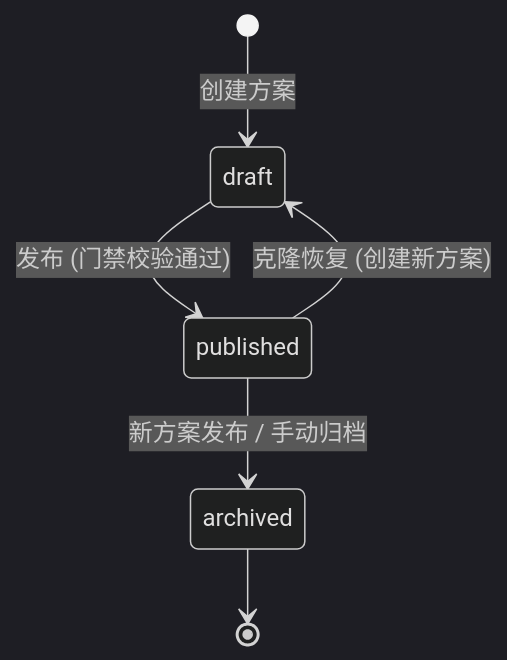
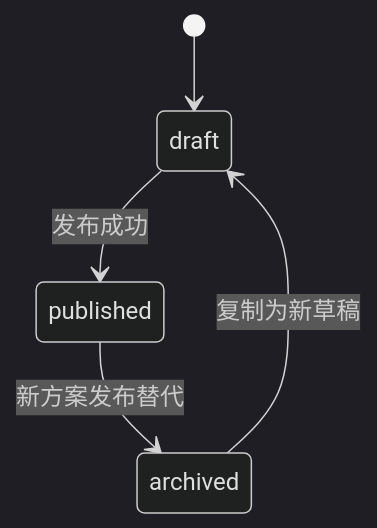
Before and after one commit to WangShaoyu1/spec_kit_superpower: the first of 2 diagrams in specs/master/dd/dd-dialog-profile.md, drawn with Mermaid (dark theme). The commit also changed other lines of this file and 416 other files, not shown here.

````diff
--- a/specs/master/dd/dd-dialog-profile.md
+++ b/specs/master/dd/dd-dialog-profile.md
@@ -485,8 +74,7 @@
 ```mermaid
 stateDiagram-v2
-    [*] --> draft: 创建方案
-    draft --> published: 发布 (门禁校验通过)
-    published --> archived: 新方案发布 / 手动归档
-    published --> draft: 克隆恢复 (创建新方案)
-    archived --> [*]
+    [*] --> draft
+    draft --> published: 发布成功
+    published --> archived: 新方案发布替代
+    archived --> draft: 复制为新草稿
 ```
````
